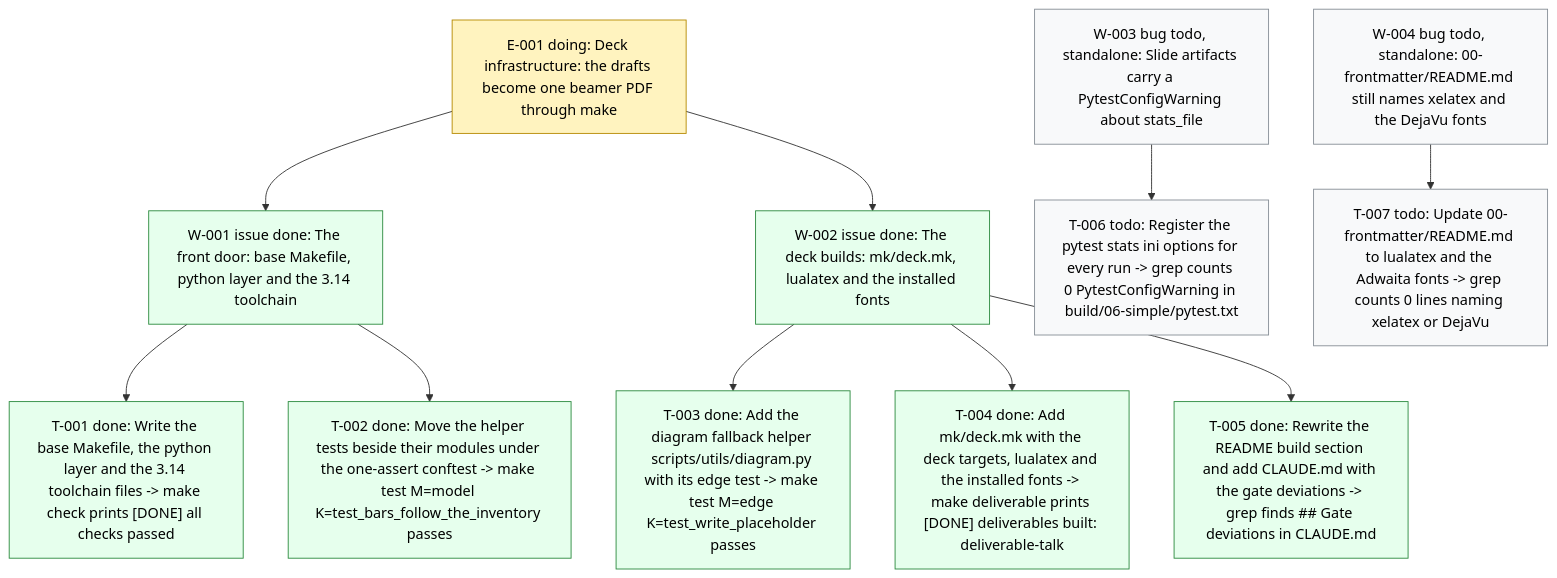
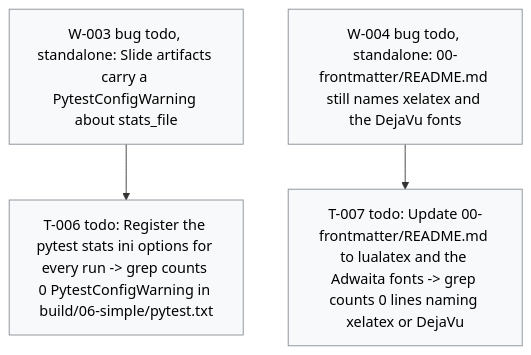
One commit to dpopchev/chaos-to-simple changed the diagram in .board/BOARD.md. Above: the diagram before and after it, drawn with Mermaid. The commit also changed other lines of this file and 3 other files, not shown here.

First line of the commit message:
chore(board): close E-001 -- deck infrastructure delivered

````diff
--- a/.board/BOARD.md
+++ b/.board/BOARD.md
@@ -16,23 +30,13 @@
 ```mermaid
 flowchart TD
-  E001["E-001 doing: Deck infrastructure: the drafts become one beamer PDF through make"]
-  E001 --> W001["W-001 issue done: The front door: base Makefile, python layer and the 3.14 toolchain"]
-  W001 --> T001["T-001 done: Write the base Makefile, the python layer and the 3.14 toolchain files -> make check prints [DONE] all checks passed"]
-  W001 --> T002["T-002 done: Move the helper tests beside their modules under the one-assert conftest -> make test M=model K=test_bars_follow_the_inventory passes"]
-  E001 --> W002["W-002 issue done: The deck builds: mk/deck.mk, lualatex and the installed fonts"]
-  W002 --> T003["T-003 done: Add the diagram fallback helper scripts/utils/diagram.py with its edge test -> make test M=edge K=test_write_placeholder passes"]
-  W002 --> T004["T-004 done: Add mk/deck.mk with the deck targets, lualatex and the installed fonts -> make deliverable prints [DONE] deliverables built: deliverable-talk"]
-  W002 --> T005["T-005 done: Rewrite the README build section and add CLAUDE.md with the gate deviations -> grep finds ## Gate deviations in CLAUDE.md"]
   W003["W-003 bug todo, standalone: Slide artifacts carry a PytestConfigWarning about stats_file"]
   W003 --> T006["T-006 todo: Register the pytest stats ini options for every run -> grep counts 0 PytestConfigWarning in build/06-simple/pytest.txt"]
   W004["W-004 bug todo, standalone: 00-frontmatter/README.md still names xelatex and the DejaVu fonts"]
   W004 --> T007["T-007 todo: Update 00-frontmatter/README.md to lualatex and the Adwaita fonts -> grep counts 0 lines naming xelatex or DejaVu"]
   classDef doing fill:#fff3bf,stroke:#b58900,color:#000;
   classDef blocked fill:#ffe3e3,stroke:#c92a2a,color:#000;
   classDef done fill:#e6ffed,stroke:#2b8a3e,color:#000;
   classDef todo fill:#f8f9fa,stroke:#868e96,color:#000;
   classDef pruned fill:#f1f3f5,stroke:#adb5bd,color:#000;
-  class E001 doing
-  class W001,T001,T002,W002,T003,T004,T005 done
   class W003,T006,W004,T007 todo
 ```
````
